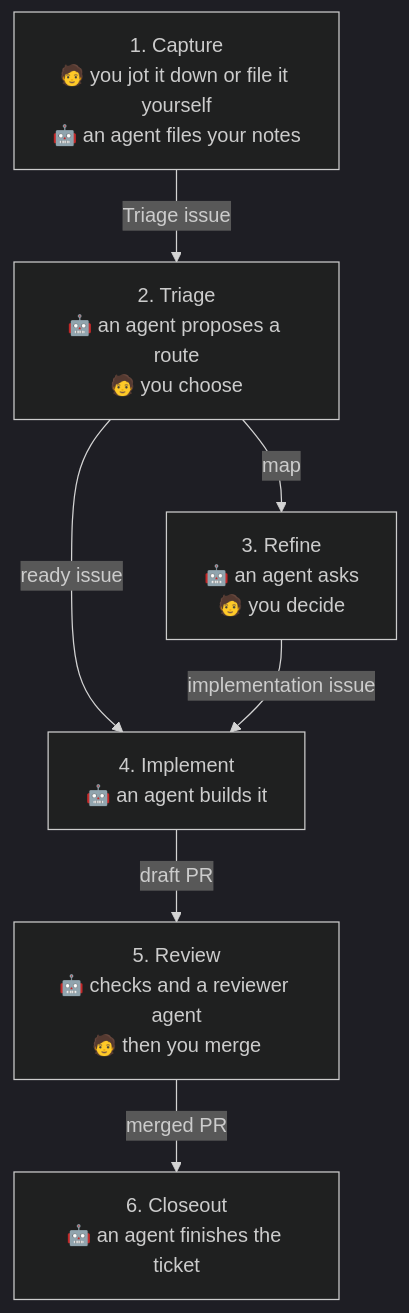
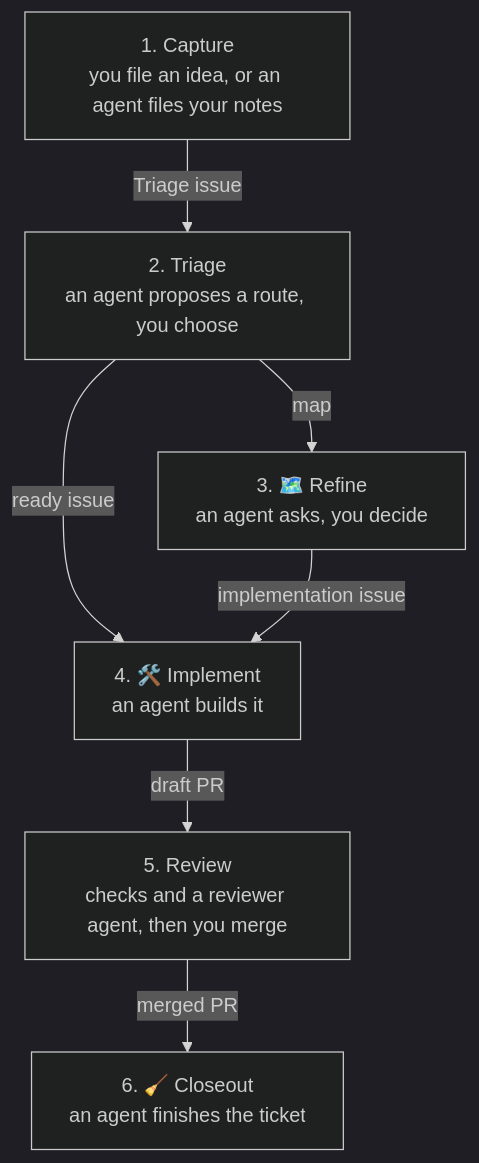
The diagram in docs/how-it-works.md (McWestling/factory), drawn with Mermaid (dark theme) before and after one commit. The commit also changed other lines of this file, not shown here.

````diff
--- a/docs/how-it-works.md
+++ b/docs/how-it-works.md
@@ -36,16 +36,16 @@
 ```mermaid
 flowchart TD
-    capture["1. Capture<br/>🧑 you jot it down or file it yourself<br/>🤖 an agent files your notes"]
-    triage["2. Triage<br/>🤖 an agent proposes a route<br/>🧑 you choose"]
-    refine["3. Refine<br/>🤖 an agent asks<br/>🧑 you decide"]
-    implement["4. Implement<br/>🤖 an agent builds it"]
-    review["5. Review<br/>🤖 checks and a reviewer agent<br/>🧑 then you merge"]
-    closeout["6. Closeout<br/>🤖 an agent finishes the ticket"]
+    capture["1. Capture<br/>you file an idea, or an agent files your notes"]
+    triage["2. Triage<br/>an agent proposes a route, you choose"]
+    refine["3. 🗺️ Refine<br/>an agent asks, you decide"]
+    implement["4. 🛠️ Implement<br/>an agent builds it"]
+    review["5. Review<br/>checks and a reviewer agent, then you merge"]
+    closeout["6. 🧹 Closeout<br/>an agent finishes the ticket"]
 
     capture -- "Triage issue" --> triage
     triage -- "map" --> refine
     triage -- "ready issue" --> implement
     refine -- "implementation issue" --> implement
     implement -- "draft PR" --> review
     review -- "merged PR" --> closeout
 ```
````
